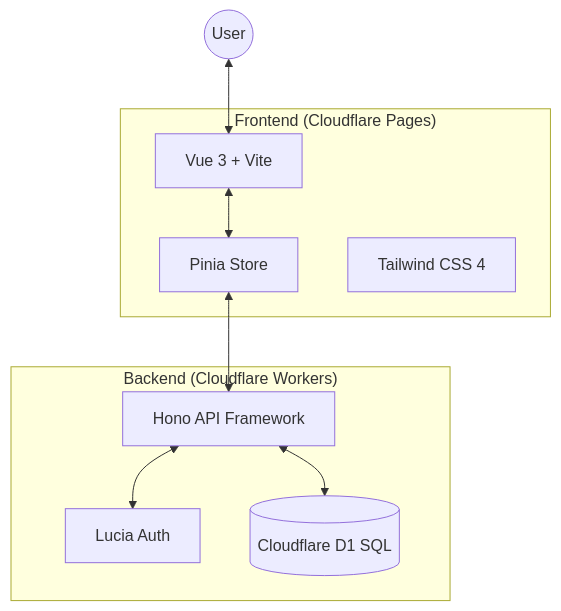
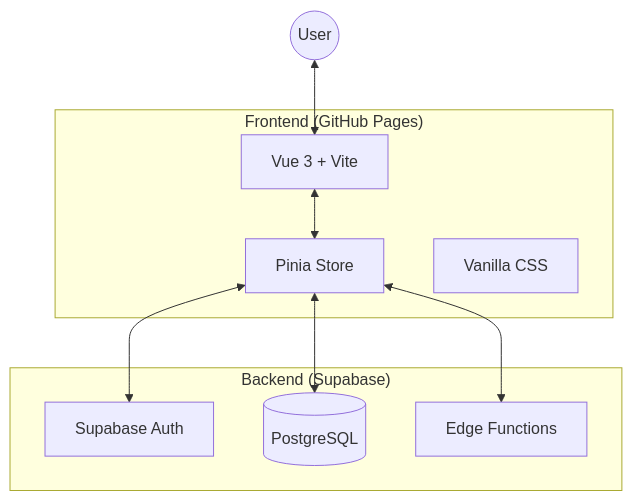
Before and after one commit to OldNero/Aether-Productivity-Hub: the diagram in README.md, drawn with Mermaid. The commit also changed other lines of this file and 22 other files, not shown here.

Commit message:
fix: stabilize SPA routing on GitHub Pages by setting base path and relative assets

````diff
--- a/README.md
+++ b/README.md
@@ -20,22 +20,22 @@
 ```mermaid
 graph TD
     User((User))
     
-    subgraph "Frontend (Cloudflare Pages)"
+    subgraph "Frontend (GitHub Pages)"
         Vue[Vue 3 + Vite]
         Pinia[Pinia Store]
-        Tailwind[Tailwind CSS 4]
+        CSS[Vanilla CSS]
     end
     
-    subgraph "Backend (Cloudflare Workers)"
-        Hono[Hono API Framework]
-        Lucia[Lucia Auth]
-        D1[(Cloudflare D1 SQL)]
+    subgraph "Backend (Supabase)"
+        Auth[Supabase Auth]
+        DB[(PostgreSQL)]
+        Edge[Edge Functions]
     end
     
     User <--> Vue
     Vue <--> Pinia
-    Pinia <--> Hono
-    Hono <--> Lucia
-    Hono <--> D1
+    Pinia <--> Auth
+    Pinia <--> DB
+    Pinia <--> Edge
 ```
````
